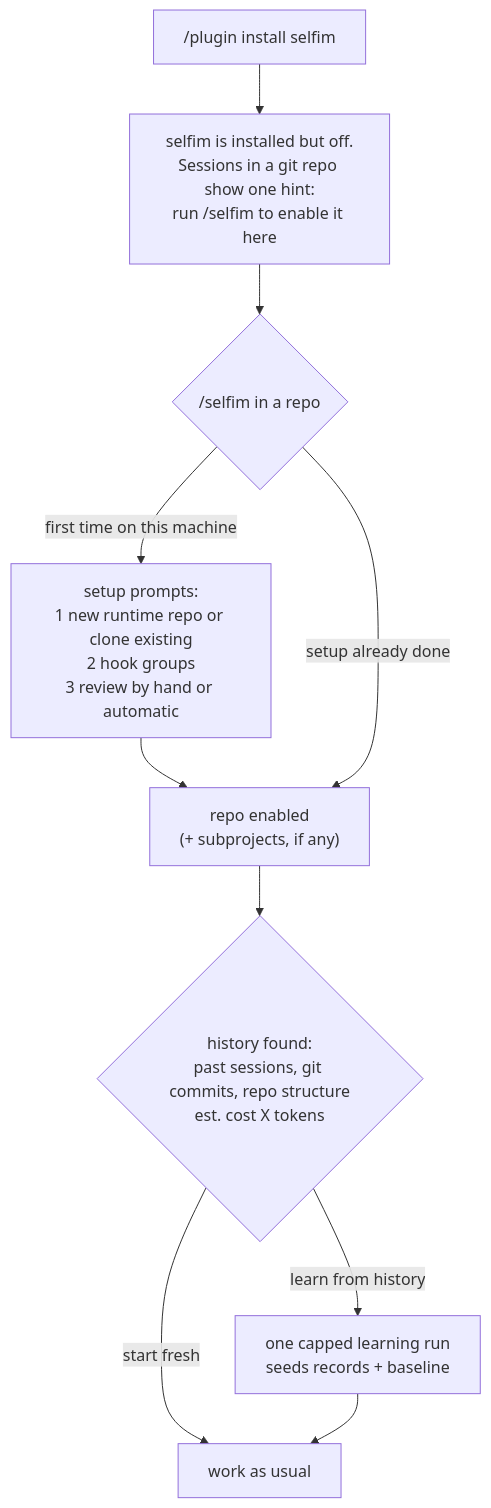
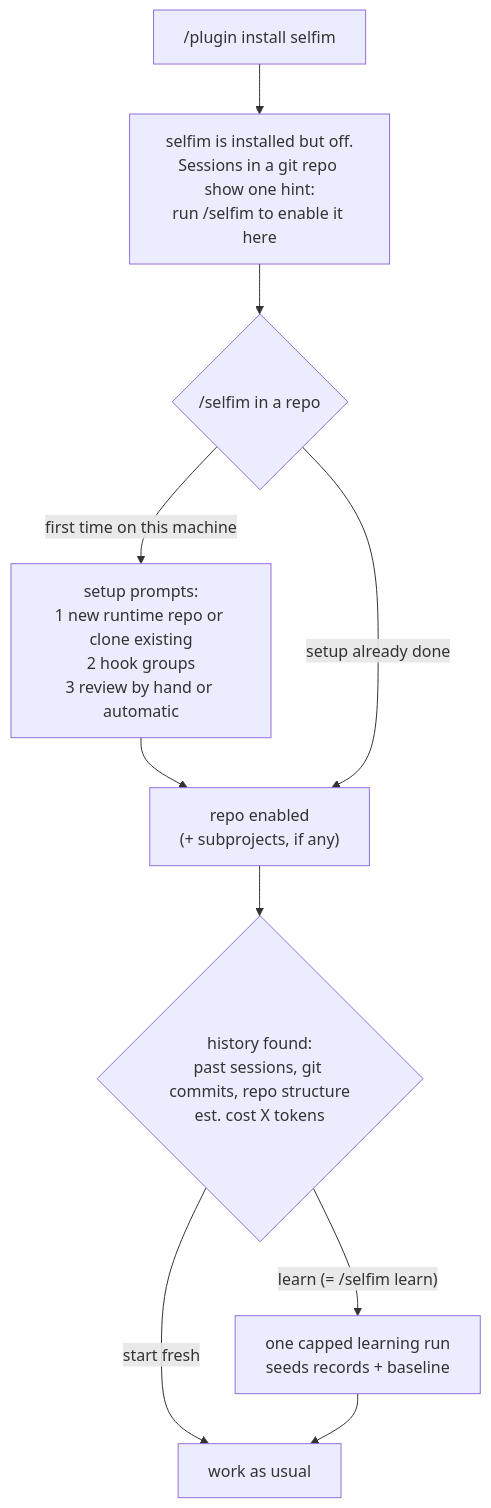
One commit to Juansasa/supermem changed the first of 5 diagrams in self-improvements/README.md. Above: the diagram before and after it, drawn with Mermaid. The commit also changed other lines of this file and 3 other files, not shown here.

Commit message:
selfim: /selfim learn covers all unprocessed data and is what first use offers

````diff
--- a/self-improvements/README.md
+++ b/self-improvements/README.md
@@ -31,12 +31,12 @@
 ```mermaid
 flowchart TD
   I["/plugin install selfim"] --> D["selfim is installed but off.<br/>Sessions in a git repo show one hint:<br/>run /selfim to enable it here"]
   D --> F{"/selfim in a repo"}
   F -- "first time on this machine" --> S["setup prompts:<br/>1 new runtime repo or clone existing<br/>2 hook groups<br/>3 review by hand or automatic"]
   S --> E["repo enabled<br/>(+ subprojects, if any)"]
   F -- "setup already done" --> E
   E --> B{"history found:<br/>past sessions, git commits, repo structure<br/>est. cost X tokens"}
-  B -- "learn from history" --> R["one capped learning run<br/>seeds records + baseline"]
+  B -- "learn (= /selfim learn)" --> R["one capped learning run<br/>seeds records + baseline"]
   B -- "start fresh" --> W["work as usual"]
   R --> W
 ```
````
